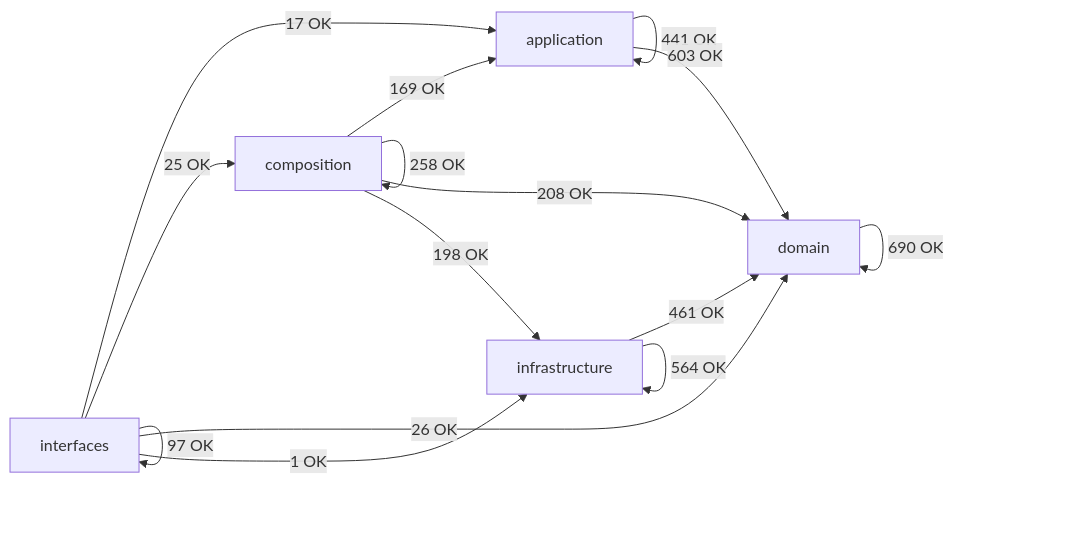
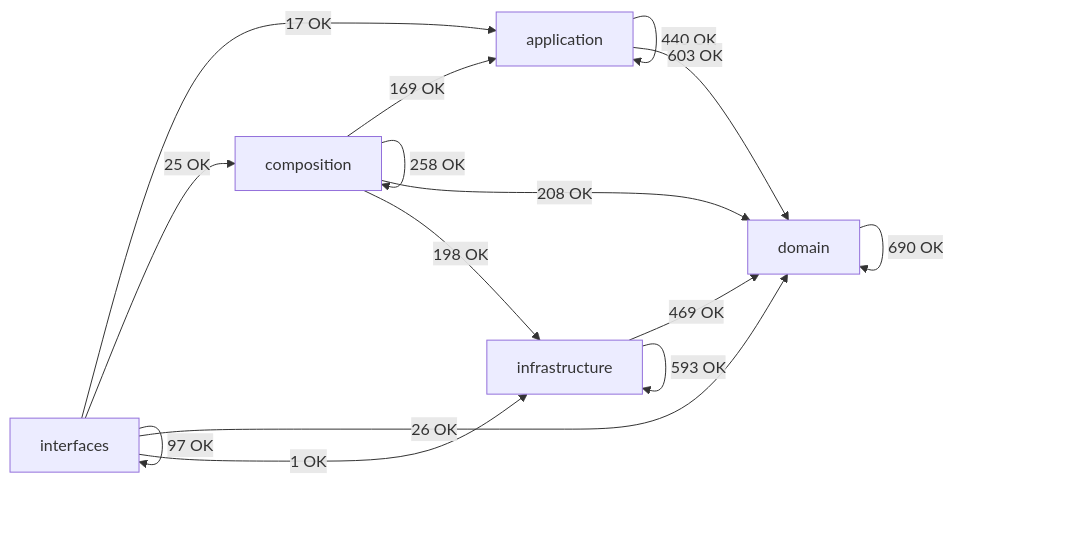
Before and after one commit to SatoryKono/BioactivityDataAcquisition: the diagram in docs/02-architecture/generated/module-dependency-map.md, drawn with Mermaid. The commit also changed other lines of this file and 68 other files, not shown here.

````diff
--- a/docs/02-architecture/generated/module-dependency-map.md
+++ b/docs/02-architecture/generated/module-dependency-map.md
@@ -16,22 +16,22 @@
 ```mermaid
 flowchart LR
     domain[domain]
     application[application]
     infrastructure[infrastructure]
     composition[composition]
     interfaces[interfaces]
-    application -->|441 OK| application
+    application -->|440 OK| application
     application -->|603 OK| domain
     composition -->|169 OK| application
     composition -->|258 OK| composition
     composition -->|208 OK| domain
     composition -->|198 OK| infrastructure
     domain -->|690 OK| domain
-    infrastructure -->|461 OK| domain
-    infrastructure -->|564 OK| infrastructure
+    infrastructure -->|469 OK| domain
+    infrastructure -->|593 OK| infrastructure
     interfaces -->|17 OK| application
     interfaces -->|25 OK| composition
     interfaces -->|26 OK| domain
     interfaces -->|1 OK| infrastructure
     interfaces -->|97 OK| interfaces
 ```
````
